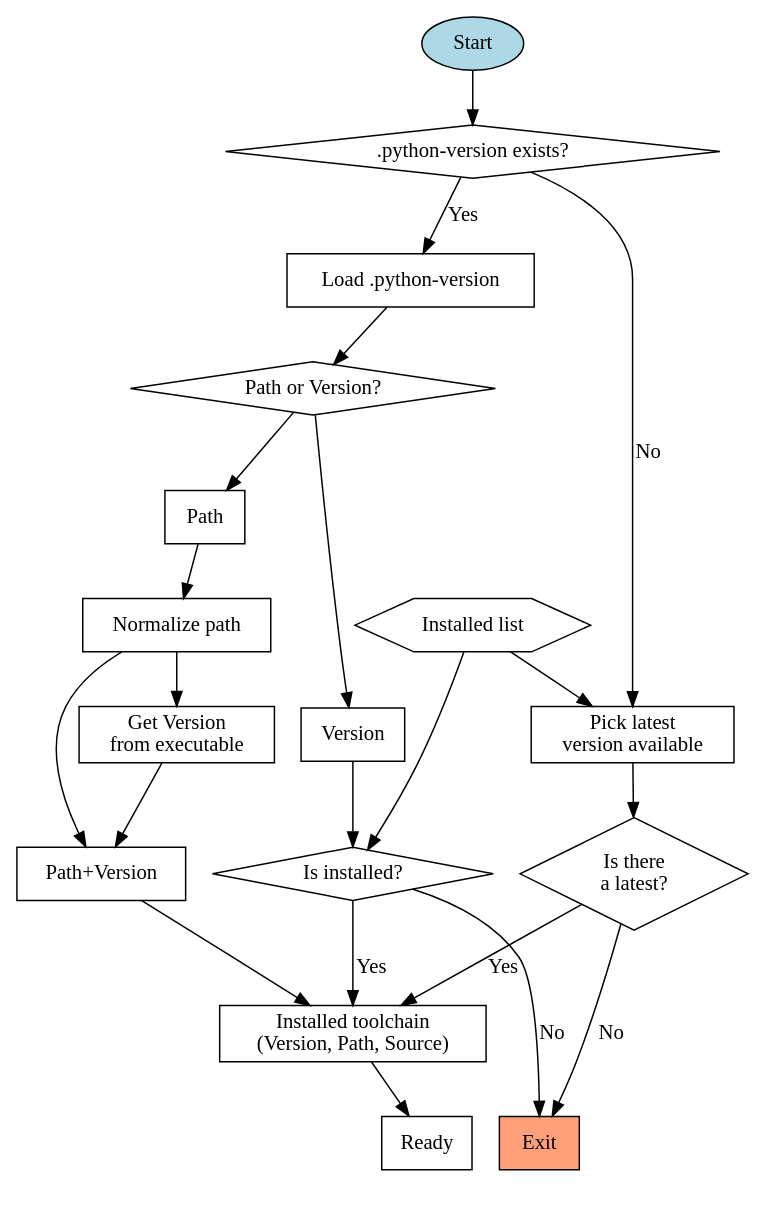
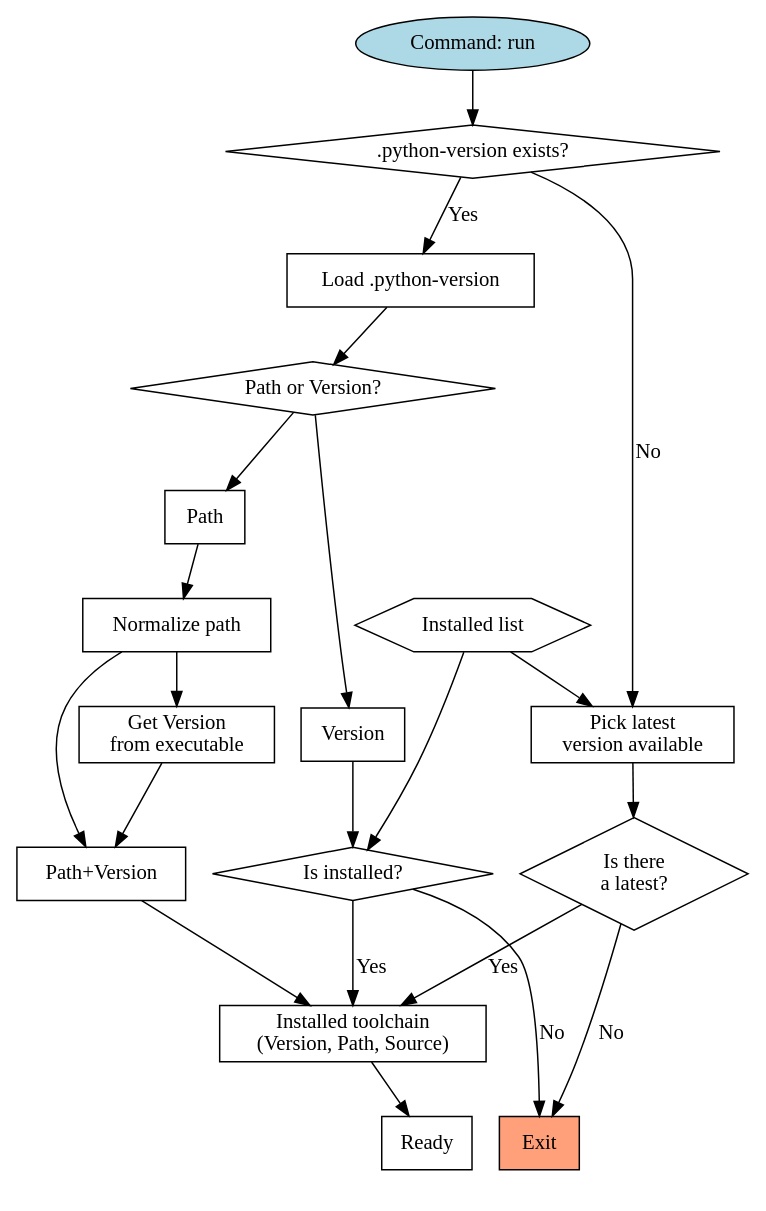
The diagram in graphviz/run.dot (nbigaouette/hygeia), drawn with Graphviz before and after one commit. The commit also changed 1 other file, not shown here.

Commit message:
Rename 'start' to 'run' in figure

```diff
--- a/graphviz/run.dot
+++ b/graphviz/run.dot
@@ -1,58 +1,58 @@
-digraph start {
+digraph run {
     node [shape="rectangle"];
 
-    start [label="Start", shape="oval", style="filled", fillcolor="lightblue"];
+    run [label="Command: run", shape="oval", style="filled", fillcolor="lightblue"];
     subgraph cluster_aligned {
         color="none";
         exit [label="Exit", style="filled", fillcolor="lightsalmon"];
         ready [label="Ready"];
     }
     installed_list [label="Installed list", shape="hexagon"];
 
     file_exists [label=".python-version exists?", shape="diamond"];
     latest_available [label="Is there\na latest?", shape="diamond"];
 
     pick_latest [label="Pick latest\nversion available"];
     load_file [label="Load .python-version"];
     decision_path_or_version [label="Path or Version?", shape="diamond"];
 
     loaded_path [label="Path"];
     loaded_version [label="Version"];
 
     normalize_path [label="Normalize path"];
     get_version_from_path [label="Get Version\nfrom executable"];
     combined_version_path [label="Path+Version"];
     installed_toolchain [label="Installed toolchain\n(Version, Path, Source)"];
     decision_is_installed [label="Is installed?", shape="diamond"];
 
 
     // ========================================================
     // Transitions
 
-    start -> file_exists;
+    run -> file_exists;
     file_exists -> load_file [label="Yes"];
     file_exists -> pick_latest [label="No"];
     load_file -> decision_path_or_version;
     decision_path_or_version -> loaded_path;
     decision_path_or_version -> loaded_version;
 
     loaded_path -> normalize_path;
     normalize_path -> get_version_from_path;
     get_version_from_path -> combined_version_path;
     normalize_path -> combined_version_path;
 
     combined_version_path -> installed_toolchain;
 
     loaded_version -> decision_is_installed;
     installed_list -> decision_is_installed;
 
     decision_is_installed -> installed_toolchain [label="Yes"];
     decision_is_installed -> exit [label="No"];
 
     installed_list -> pick_latest;
     pick_latest -> latest_available;
     latest_available -> installed_toolchain [label="Yes"];
     latest_available -> exit [label="No"];
 
     installed_toolchain -> ready;
 }
```
